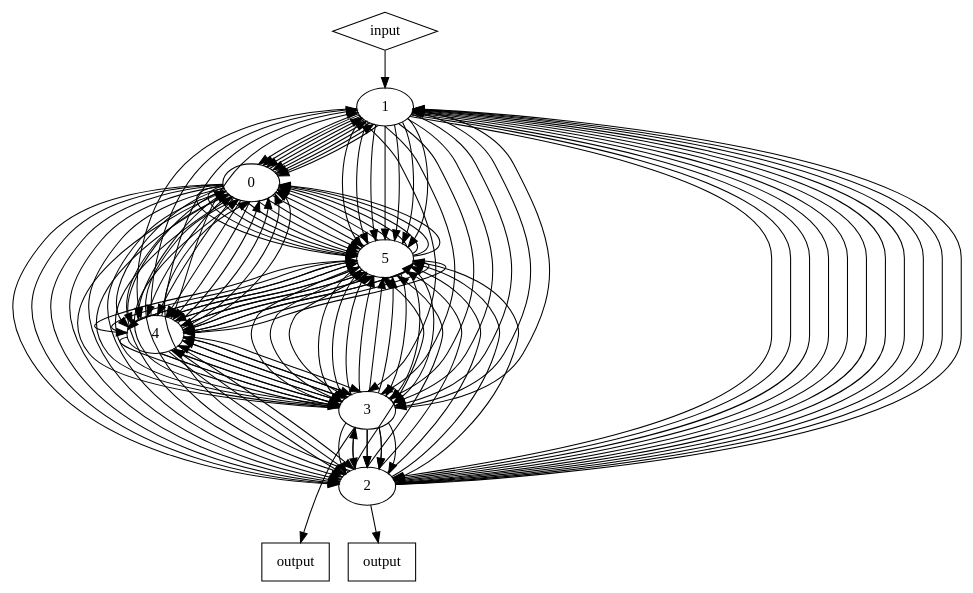
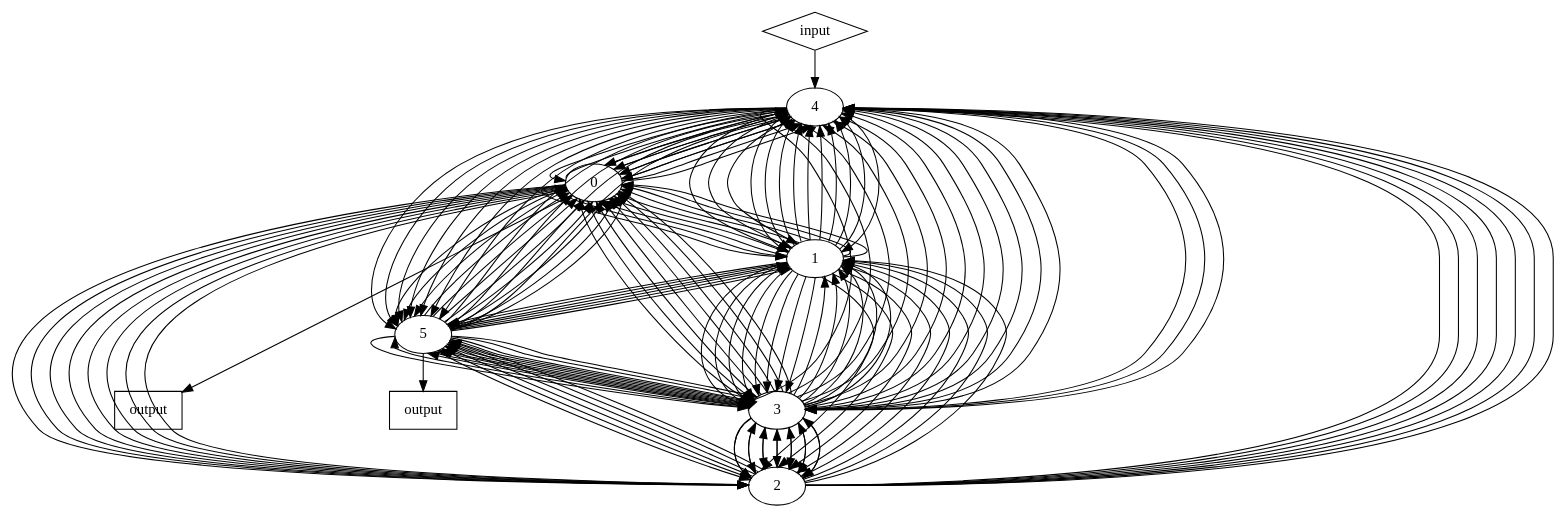
One commit to DobbiKov/open_digraph_lib changed the diagram in dot.dot. Above: the diagram before and after it, drawn with Graphviz. The commit also changed 3 other files, not shown here.

```diff
--- a/dot.dot
+++ b/dot.dot
@@ -1,1 +1,175 @@
-digraph G{subgraph inputs{rank=same;v6 [label="input" shape=diamond]}subgraph outputs{rank=same;v7 [label="output" shape=box]v8 [label="output" shape=box]}v0 [label="0" ]v1 [label="1" ]v2 [label="2" ]v3 [label="3" ]v4 [label="4" ]v5 [label="5" ]v0 -> v1;v0 -> v1;v0 -> v1;v0 -> v2;v0 -> v2;v0 -> v2;v0 -> v2;v0 -> v2;v0 -> v2;v0 -> v2;v0 -> v2;v0 -> v4;v0 -> v4;v0 -> v4;v0 -> v4;v0 -> v4;v0 -> v4;v0 -> v4;v0 -> v5;v0 -> v5;v0 -> v5;v0 -> v5;v0 -> v5;v0 -> v5;v0 -> v5;v0 -> v5;v1 -> v0;v1 -> v0;v1 -> v0;v1 -> v0;v1 -> v0;v1 -> v0;v1 -> v2;v1 -> v2;v1 -> v2;v1 -> v3;v1 -> v3;v1 -> v3;v1 -> v3;v1 -> v3;v1 -> v3;v1 -> v4;v1 -> v5;v1 -> v5;v1 -> v5;v1 -> v5;v1 -> v5;v1 -> v5;v1 -> v5;v2 -> v0;v2 -> v1;v2 -> v1;v2 -> v1;v2 -> v1;v2 -> v1;v2 -> v1;v2 -> v1;v2 -> v1;v2 -> v3;v2 -> v4;v2 -> v5;v2 -> v5;v2 -> v5;v2 -> v5;v2 -> v5;v2 -> v5;v2 -> v7;v3 -> v0;v3 -> v0;v3 -> v0;v3 -> v0;v3 -> v1;v3 -> v2;v3 -> v2;v3 -> v2;v3 -> v2;v3 -> v2;v3 -> v2;v3 -> v2;v3 -> v4;v3 -> v4;v3 -> v4;v3 -> v4;v3 -> v5;v3 -> v5;v3 -> v5;v3 -> v5;v3 -> v5;v3 -> v8;v4 -> v0;v4 -> v0;v4 -> v0;v4 -> v0;v4 -> v1;v4 -> v1;v4 -> v1;v4 -> v2;v4 -> v2;v4 -> v3;v4 -> v3;v4 -> v3;v4 -> v3;v4 -> v3;v4 -> v3;v4 -> v3;v4 -> v3;v4 -> v5;v4 -> v5;v4 -> v5;v4 -> v5;v4 -> v5;v4 -> v5;v4 -> v5;v4 -> v5;v5 -> v0;v5 -> v0;v5 -> v0;v5 -> v0;v5 -> v0;v5 -> v0;v5 -> v0;v5 -> v3;v5 -> v3;v5 -> v3;v5 -> v3;v5 -> v3;v5 -> v3;v5 -> v3;v5 -> v4;v5 -> v4;v5 -> v4;v5 -> v4;v5 -> v4;v5 -> v4;v5 -> v4;v5 -> v4;v6 -> v1;}
+digraph G{
+subgraph inputs{
+rank=same;
+v6 [label="input" shape=diamond]
+}
+subgraph outputs{
+rank=same;
+v7 [label="output" shape=box]
+v8 [label="output" shape=box]
+}
+v0 [label="0" ]
+v1 [label="1" ]
+v2 [label="2" ]
+v3 [label="3" ]
+v4 [label="4" ]
+v5 [label="5" ]
+v0 -> v1;
+v0 -> v1;
+v0 -> v2;
+v0 -> v2;
+v0 -> v2;
+v0 -> v2;
+v0 -> v4;
+v0 -> v4;
+v0 -> v4;
+v0 -> v4;
+v0 -> v4;
+v0 -> v4;
+v0 -> v4;
+v0 -> v5;
+v0 -> v5;
+v0 -> v5;
+v0 -> v7;
+v1 -> v0;
+v1 -> v0;
+v1 -> v0;
+v1 -> v0;
+v1 -> v0;
+v1 -> v0;
+v1 -> v0;
+v1 -> v2;
+v1 -> v2;
+v1 -> v2;
+v1 -> v2;
+v1 -> v2;
+v1 -> v3;
+v1 -> v3;
+v1 -> v3;
+v1 -> v3;
+v1 -> v3;
+v1 -> v3;
+v1 -> v3;
+v1 -> v3;
+v1 -> v4;
+v1 -> v4;
+v1 -> v4;
+v1 -> v4;
+v1 -> v4;
+v1 -> v4;
+v1 -> v4;
+v1 -> v4;
+v1 -> v5;
+v1 -> v5;
+v2 -> v0;
+v2 -> v0;
+v2 -> v0;
+v2 -> v0;
+v2 -> v1;
+v2 -> v1;
+v2 -> v1;
+v2 -> v3;
+v2 -> v3;
+v2 -> v3;
+v2 -> v3;
+v2 -> v3;
+v2 -> v3;
+v2 -> v4;
+v2 -> v4;
+v2 -> v4;
+v2 -> v4;
+v2 -> v4;
+v2 -> v4;
+v2 -> v4;
+v2 -> v5;
+v2 -> v5;
+v2 -> v5;
+v2 -> v5;
+v2 -> v5;
+v3 -> v0;
+v3 -> v0;
+v3 -> v0;
+v3 -> v0;
+v3 -> v0;
+v3 -> v0;
+v3 -> v0;
+v3 -> v0;
+v3 -> v1;
+v3 -> v1;
+v3 -> v1;
+v3 -> v1;
+v3 -> v1;
+v3 -> v1;
+v3 -> v2;
+v3 -> v2;
+v3 -> v2;
+v3 -> v2;
+v3 -> v2;
+v3 -> v2;
+v3 -> v2;
+v3 -> v2;
+v3 -> v4;
+v3 -> v4;
+v3 -> v4;
+v3 -> v4;
+v3 -> v4;
+v3 -> v4;
+v3 -> v4;
+v3 -> v4;
+v3 -> v5;
+v3 -> v5;
+v3 -> v5;
+v3 -> v5;
+v3 -> v5;
+v4 -> v0;
+v4 -> v0;
+v4 -> v0;
+v4 -> v0;
+v4 -> v0;
+v4 -> v1;
+v4 -> v1;
+v4 -> v1;
+v4 -> v1;
+v4 -> v1;
+v4 -> v3;
+v4 -> v3;
+v4 -> v3;
+v4 -> v3;
+v4 -> v3;
+v4 -> v3;
+v4 -> v3;
+v4 -> v5;
+v4 -> v5;
+v4 -> v5;
+v4 -> v5;
+v4 -> v5;
+v4 -> v5;
+v4 -> v5;
+v5 -> v0;
+v5 -> v0;
+v5 -> v0;
+v5 -> v0;
+v5 -> v0;
+v5 -> v0;
+v5 -> v0;
+v5 -> v0;
+v5 -> v1;
+v5 -> v1;
+v5 -> v1;
+v5 -> v1;
+v5 -> v2;
+v5 -> v3;
+v5 -> v3;
+v5 -> v3;
+v5 -> v3;
+v5 -> v3;
+v5 -> v3;
+v5 -> v3;
+v5 -> v3;
+v5 -> v4;
+v5 -> v4;
+v5 -> v4;
+v5 -> v4;
+v5 -> v8;
+v6 -> v4;
+}
```
